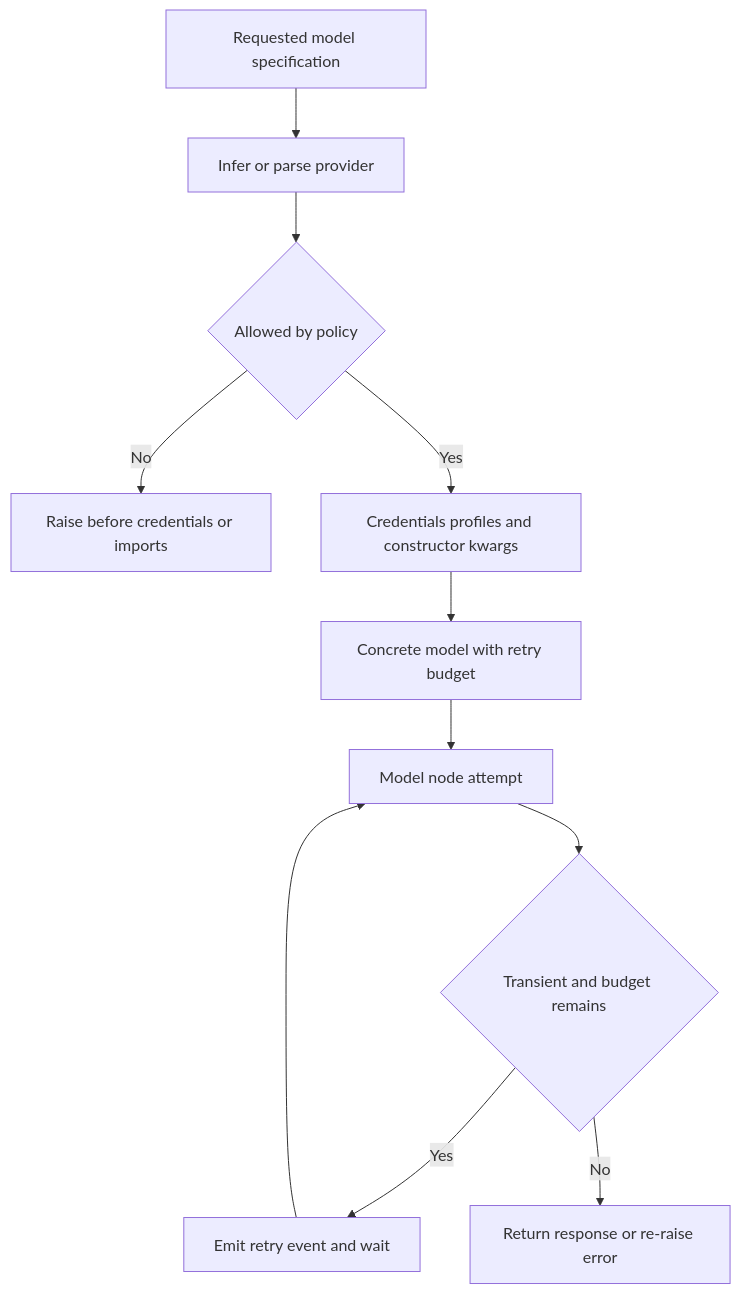
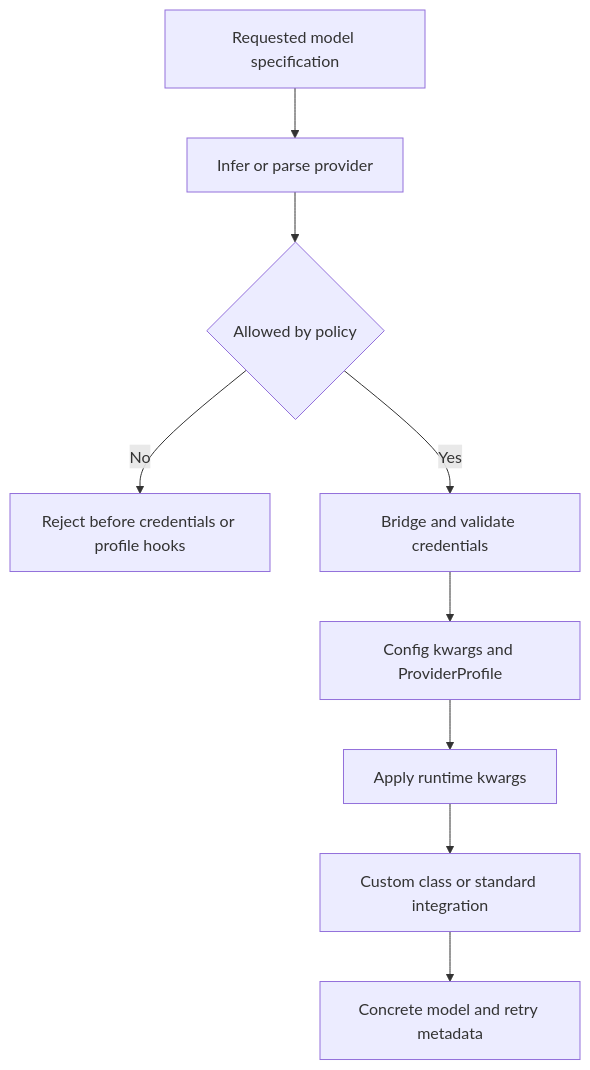
The third of 3 diagrams in openwiki/concepts/profiles-models.md (langchain-ai/deepagents), drawn with Mermaid before and after one commit. The commit also changed other lines of this file and 35 other files, not shown here.

````diff
--- a/openwiki/concepts/profiles-models.md
+++ b/openwiki/concepts/profiles-models.md
@@ -100,13 +108,11 @@
 ```mermaid
 flowchart TD
     Requested["Requested model specification"] --> Infer["Infer or parse provider"]
     Infer --> Allowed{"Allowed by policy"}
-    Allowed -->|No| Denied["Raise before credentials or imports"]
-    Allowed -->|Yes| Construct["Credentials profiles and constructor kwargs"]
-    Construct --> Selected["Concrete model with retry budget"]
-    Selected --> Attempt["Model node attempt"]
-    Attempt --> Transient{"Transient and budget remains"}
-    Transient -->|Yes| Retry["Emit retry event and wait"]
-    Retry --> Attempt
-    Transient -->|No| Outcome["Return response or re-raise error"]
+    Allowed -->|No| Denied["Reject before credentials or profile hooks"]
+    Allowed -->|Yes| Credentials["Bridge and validate credentials"]
+    Credentials --> Profile["Config kwargs and ProviderProfile"]
+    Profile --> Runtime["Apply runtime kwargs"]
+    Runtime --> Construct["Custom class or standard integration"]
+    Construct --> Result["Concrete model and retry metadata"]
 ```
````
